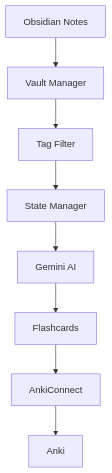
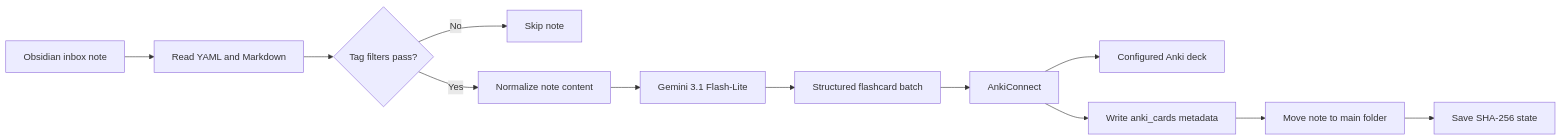
Before and after one commit to NikaMalakmadze/Obsidian2Anki: the diagram in ReadMe.md, drawn with Mermaid. The commit also changed other lines of this file, not shown here.

````diff
--- a/ReadMe.md
+++ b/ReadMe.md
@@ -49,10 +32,14 @@
 ```mermaid
-flowchart TD
-A[Obsidian Notes] --> B[Vault Manager]
-B --> C[Tag Filter]
-C --> D[State Manager]
-D --> E[Gemini AI]
-E --> F[Flashcards]
-F --> G[AnkiConnect]
-G --> H[Anki]
+flowchart LR
+    A[Obsidian inbox note] --> B[Read YAML and Markdown]
+    B --> C{Tag filters pass?}
+    C -- No --> D[Skip note]
+    C -- Yes --> E[Normalize note content]
+    E --> F[Gemini 3.1 Flash-Lite]
+    F --> G[Structured flashcard batch]
+    G --> H[AnkiConnect]
+    H --> I[Configured Anki deck]
+    H --> J[Write anki_cards metadata]
+    J --> K[Move note to main folder]
+    K --> L[Save SHA-256 state]
 ```
````
